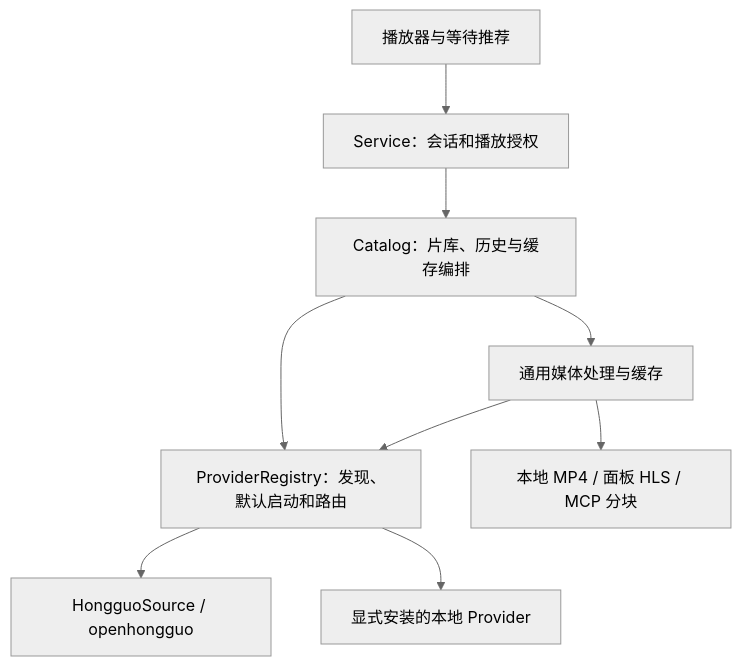
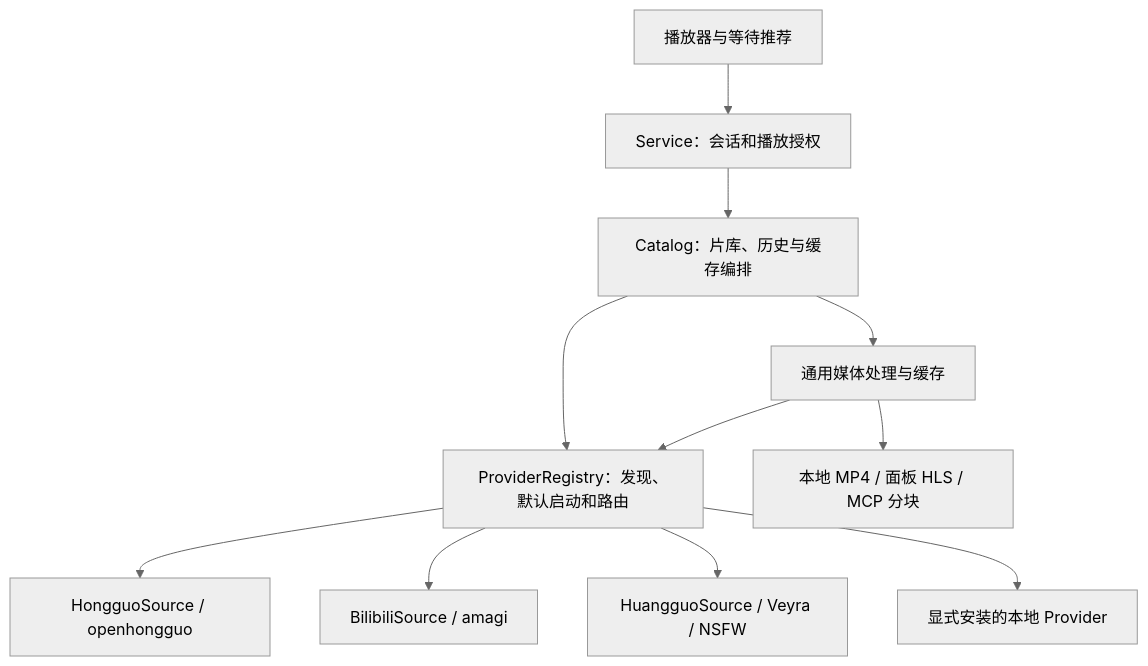
The diagram in docs/design/video-source-adapters.md (mreasonyang/codex-hongguo), drawn with Mermaid (neutral theme) before and after one commit. The commit also changed other lines of this file and 82 other files, not shown here.

First line of the commit message:
Release 0.0.38: Huangguo source and progressive Hongguo playback (#4)

````diff
--- a/docs/design/video-source-adapters.md
+++ b/docs/design/video-source-adapters.md
@@ -7,11 +7,13 @@
 ```mermaid
 flowchart TD
   UI[播放器与等待推荐] --> S[Service：会话和播放授权]
   S --> C[Catalog：片库、历史与缓存编排]
   C --> R[ProviderRegistry：发现、默认启动和路由]
   R --> H[HongguoSource / openhongguo]
+  R --> B[BilibiliSource / amagi]
+  R --> G[HuangguoSource / Veyra / NSFW]
   R --> P[显式安装的本地 Provider]
   C --> M[通用媒体处理与缓存]
   M --> R
   M --> F[本地 MP4 / 面板 HLS / MCP 分块]
 ```
````
